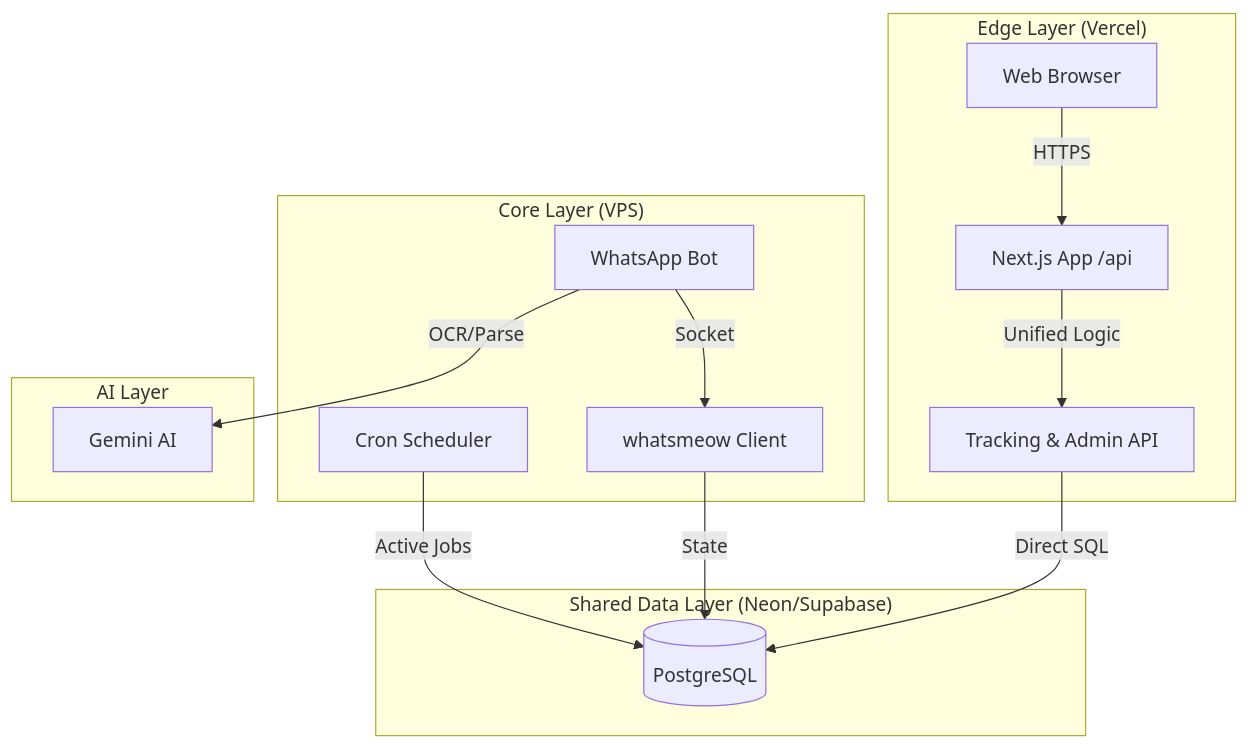
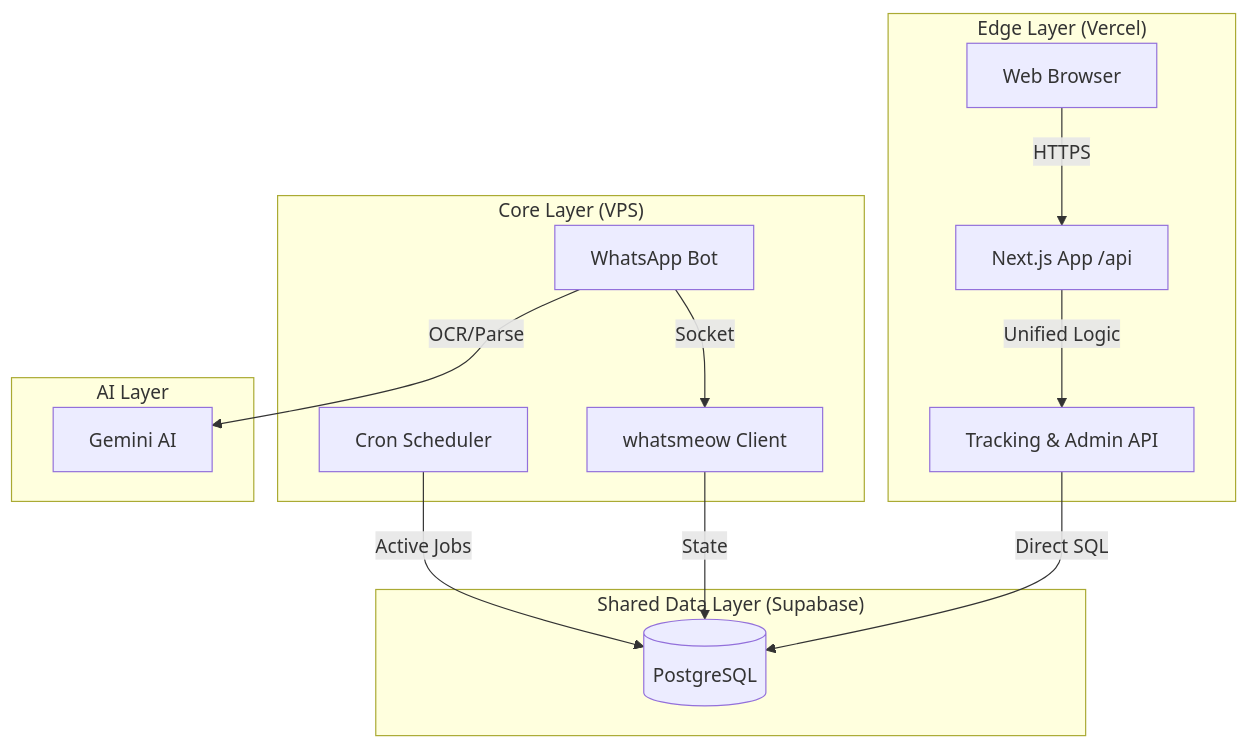
One commit to NexGenCodes/webTracker changed the diagram in README.md. Above: the diagram before and after it, drawn with Mermaid. The commit also changed 208 other files, not shown here.

````diff
--- a/README.md
+++ b/README.md
@@ -33,32 +33,32 @@
 ```mermaid
 graph TB
     subgraph "Edge Layer (Vercel)"
         A[Web Browser]
         C[Next.js App /api]
         F[Tracking & Admin API]
     end
 
     subgraph "Core Layer (VPS)"
         B[WhatsApp Bot]
         I[Cron Scheduler]
         M[whatsmeow Client]
     end
 
-    subgraph "Shared Data Layer (Neon/Supabase)"
+    subgraph "Shared Data Layer (Supabase)"
         K[(PostgreSQL)]
     end
 
     subgraph "AI Layer"
         J[Gemini AI]
     end
 
     A -->|HTTPS| C
     C -->|Unified Logic| F
     F -->|Direct SQL| K
     
     B -->|Socket| M
     M -->|State| K
     
     I -->|Active Jobs| K
     B -->|OCR/Parse| J
 ```
````
